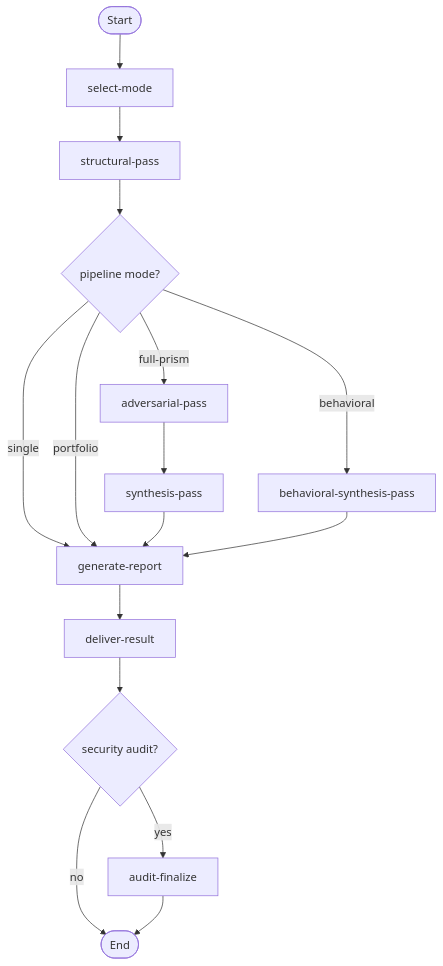
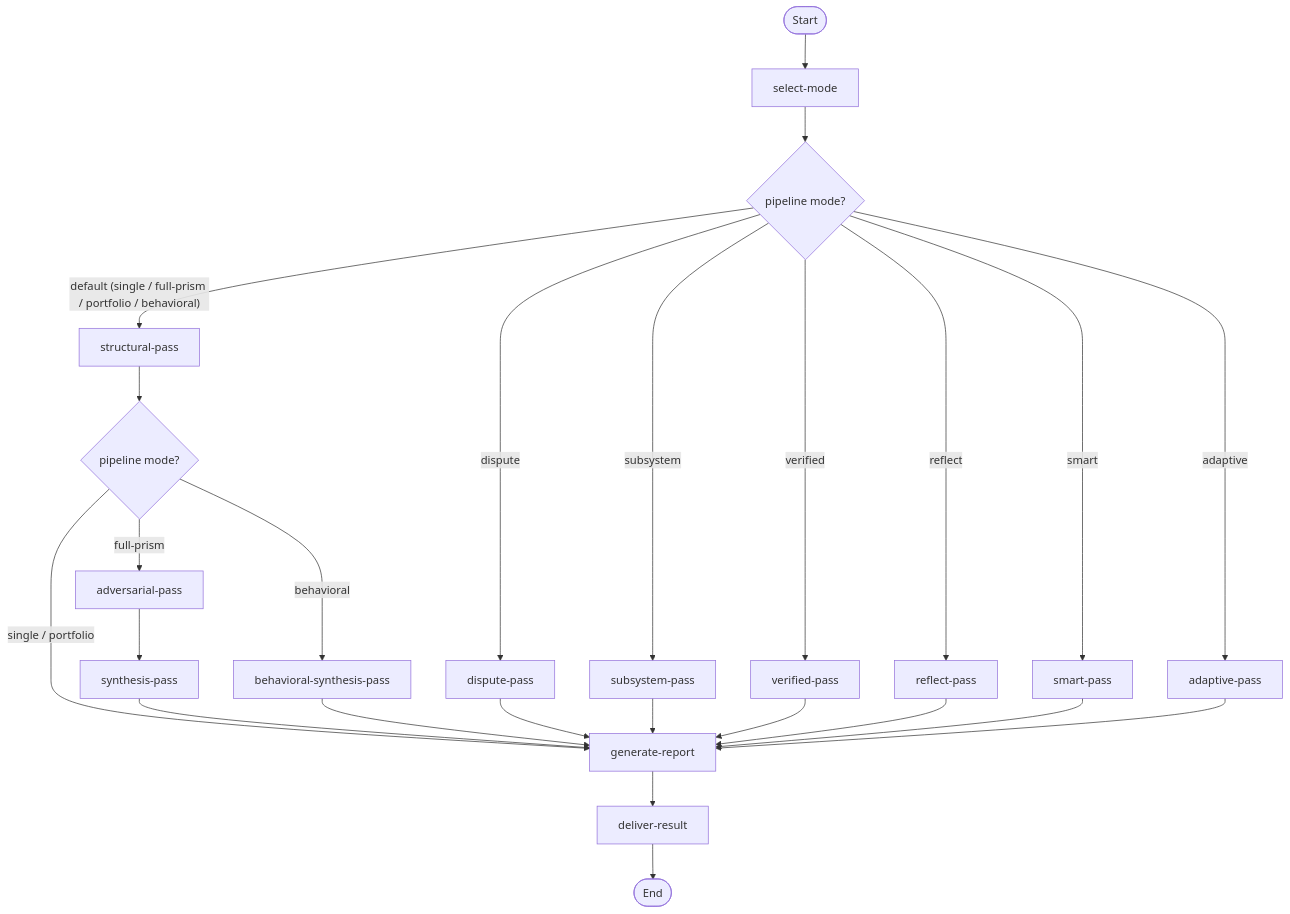
The first of 2 diagrams in prism/README.md (m2ux/workflow-server), drawn with Mermaid before and after one commit. The commit also changed other lines of this file and 16 other files, not shown here.

First line of the commit message:
docs: eliminate prose + mermaid staleness in migrated workflow READMEs

````diff
--- a/prism/README.md
+++ b/prism/README.md
@@ -118,21 +124,32 @@
 ```mermaid
 graph TD
     Start([Start]) --> SM["select-mode"]
-    SM --> SP["structural-pass"]
+    SM --> MODE{"pipeline mode?"}
 
-    SP --> MODE{"pipeline mode?"}
-    MODE -->|"single"| GR["generate-report"]
-    MODE -->|"portfolio"| GR
-    MODE -->|"full-prism"| AP["adversarial-pass"]
-    MODE -->|"behavioral"| BSP["behavioral-synthesis-pass"]
+    MODE -->|"dispute"| DP["dispute-pass"]
+    MODE -->|"subsystem"| SUB["subsystem-pass"]
+    MODE -->|"verified"| VP["verified-pass"]
+    MODE -->|"reflect"| RP["reflect-pass"]
+    MODE -->|"smart"| SMP["smart-pass"]
+    MODE -->|"adaptive"| ADP["adaptive-pass"]
+    MODE -->|"default (single / full-prism / portfolio / behavioral)"| SP["structural-pass"]
+
+    SP --> SMODE{"pipeline mode?"}
+    SMODE -->|"single / portfolio"| GR["generate-report"]
+    SMODE -->|"full-prism"| AP["adversarial-pass"]
+    SMODE -->|"behavioral"| BSP["behavioral-synthesis-pass"]
 
     AP --> SYN["synthesis-pass"]
     SYN --> GR
+    BSP --> GR
 
-    BSP --> GR
+    DP --> GR
+    SUB --> GR
+    VP --> GR
+    RP --> GR
+    SMP --> GR
+    ADP --> GR
+
     GR --> DR["deliver-result"]
-    DR --> AF{"security audit?"}
-    AF -->|yes| AUD["audit-finalize"]
-    AF -->|no| Done([End])
-    AUD --> Done
+    DR --> Done([End])
 ```
````
